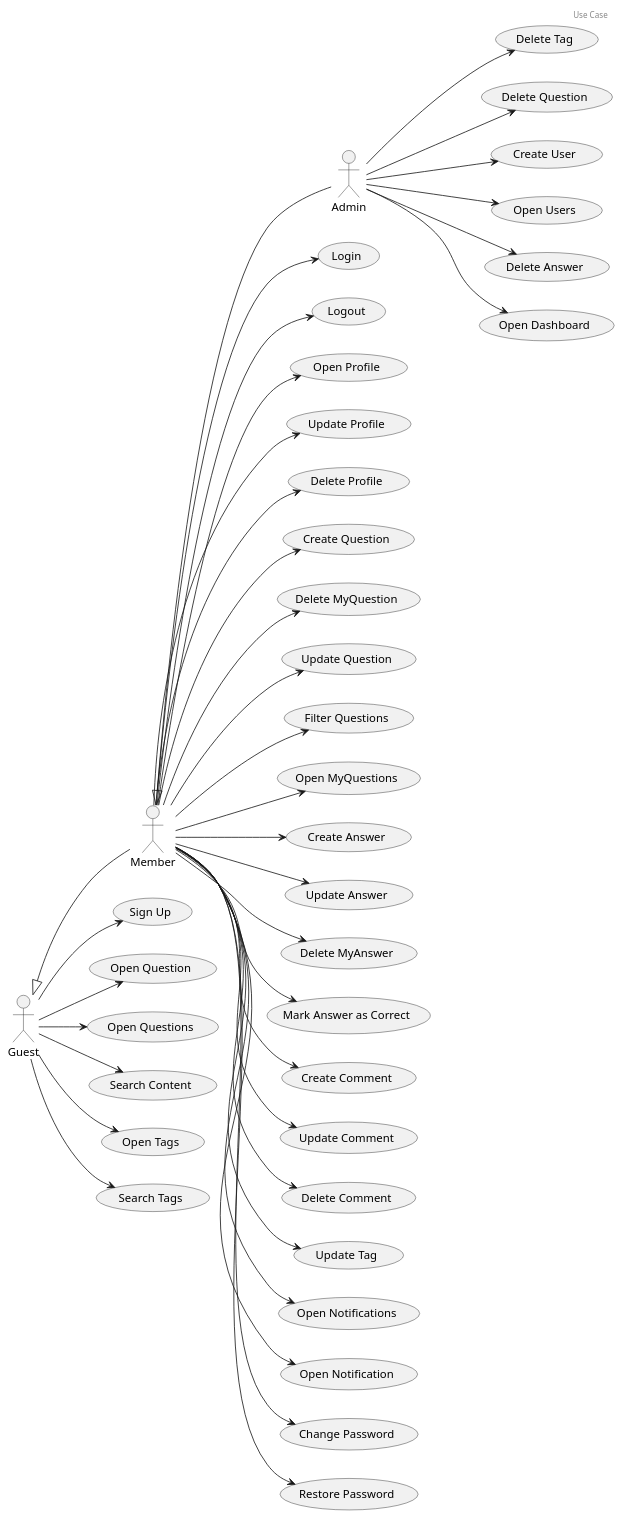
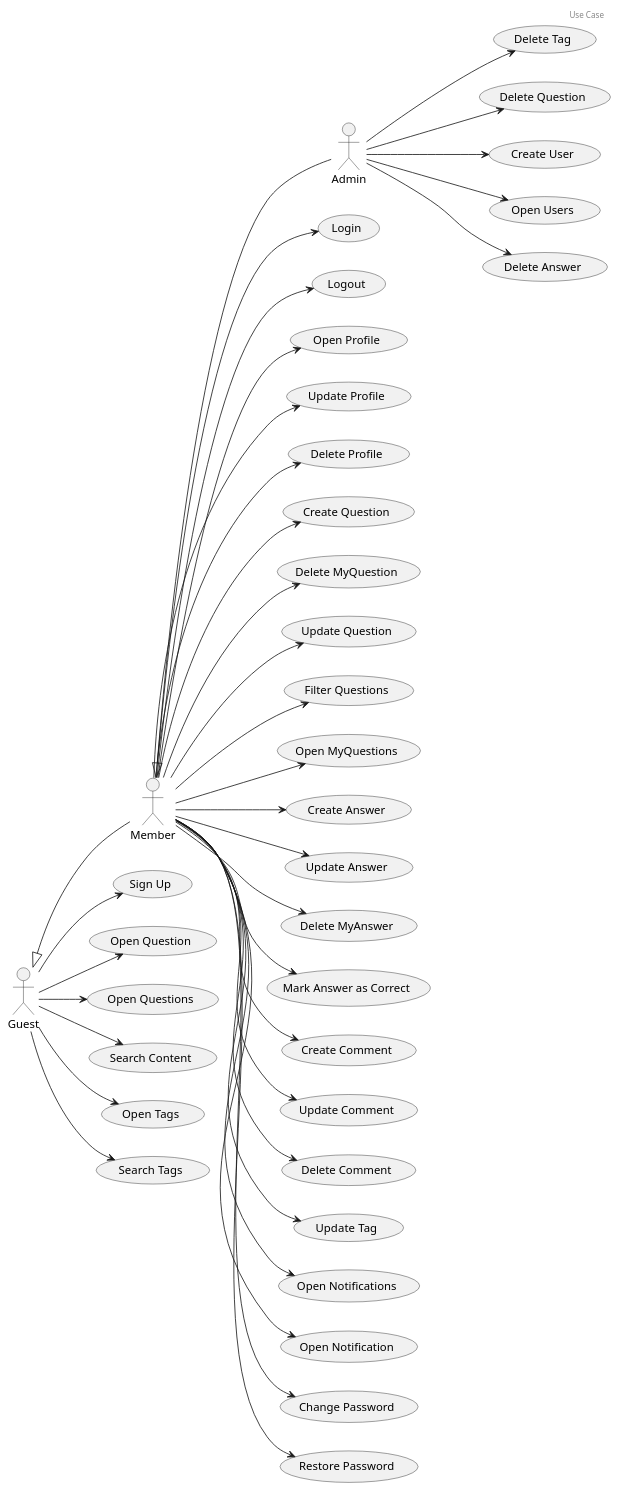
Before and after one commit to rafaelacirino/miw-backend-foro: the diagram in src/main/resources/templates/useCases/useCases.plantuml, drawn with PlantUML. The commit also changed 9 other files, not shown here.

Commit message:
update diagrams

```diff
--- a/src/main/resources/templates/useCases/useCases.plantuml
+++ b/src/main/resources/templates/useCases/useCases.plantuml
@@ -1,86 +1,84 @@
 @startuml
 
 header Use Case
 
 actor Guest
 actor Member
 actor Admin
 
 Guest <|-down- Member
 Member <|-down- Admin
 
 left to right direction
 
 (Login) as UC1
 (Logout) as UC2
 (Sign Up) as UC3
 (Open Profile) as UC4
 (Update Profile) as UC5
 (Delete Profile) as UC6
 (Open Question) as UC7
 (Create Question) as UC8
 (Delete MyQuestion) as UC9
 (Update Question) as UC10
 (Open Questions) as UC11
 (Filter Questions) as UC12
 (Open MyQuestions) as UC13
 (Create Answer) as UC14
 (Update Answer) as UC15
 (Delete MyAnswer) as UC16
 (Mark Answer as Correct) as UC17
 (Create Comment) as UC18
 (Update Comment) as UC19
 (Delete Comment) as UC20
 (Update Tag) as UC22
 (Delete Tag) as UC24
 (Search Content) as UC25
 (Open Tags) as UC26
 (Search Tags) as UC27
 (Delete Question) as UC28
 (Create User) as UC29
 (Open Users) as UC30
 (Delete Answer) as UC31
 (Open Notifications) as UC33
 (Open Notification) as UC34
-(Open Dashboard) as UC35
 (Change Password) as UC36
 (Restore Password) as UC37
 
 Guest --> UC7
 Guest --> UC11
 Guest --> UC25
 Guest --> UC26
 Guest --> UC27
 Guest --> UC3
 
 Member --> UC1
 Member --> UC2
 Member --> UC4
 Member --> UC5
 Member --> UC6
 Member --> UC8
 Member --> UC9
 Member --> UC10
 Member --> UC12
 Member --> UC13
 Member --> UC14
 Member --> UC15
 Member --> UC16
 Member --> UC17
 Member --> UC18
 Member --> UC19
 Member --> UC20
 Member --> UC22
 Member --> UC33
 Member --> UC34
 Member --> UC36
 Member --> UC37
 
 Admin --> UC24
 Admin --> UC28
 Admin --> UC29
 Admin --> UC30
 Admin --> UC31
-Admin --> UC35
 
 @enduml
```
